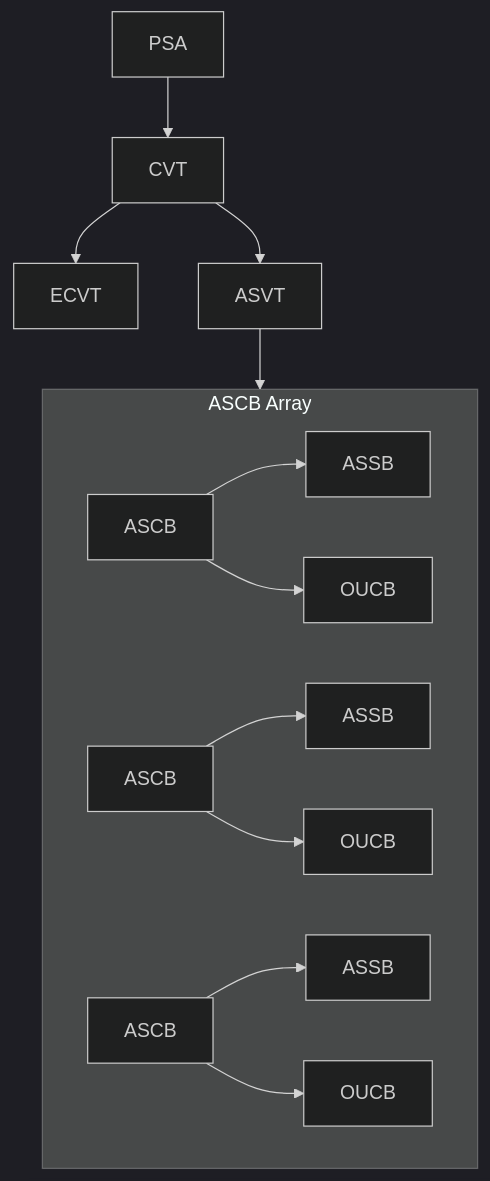
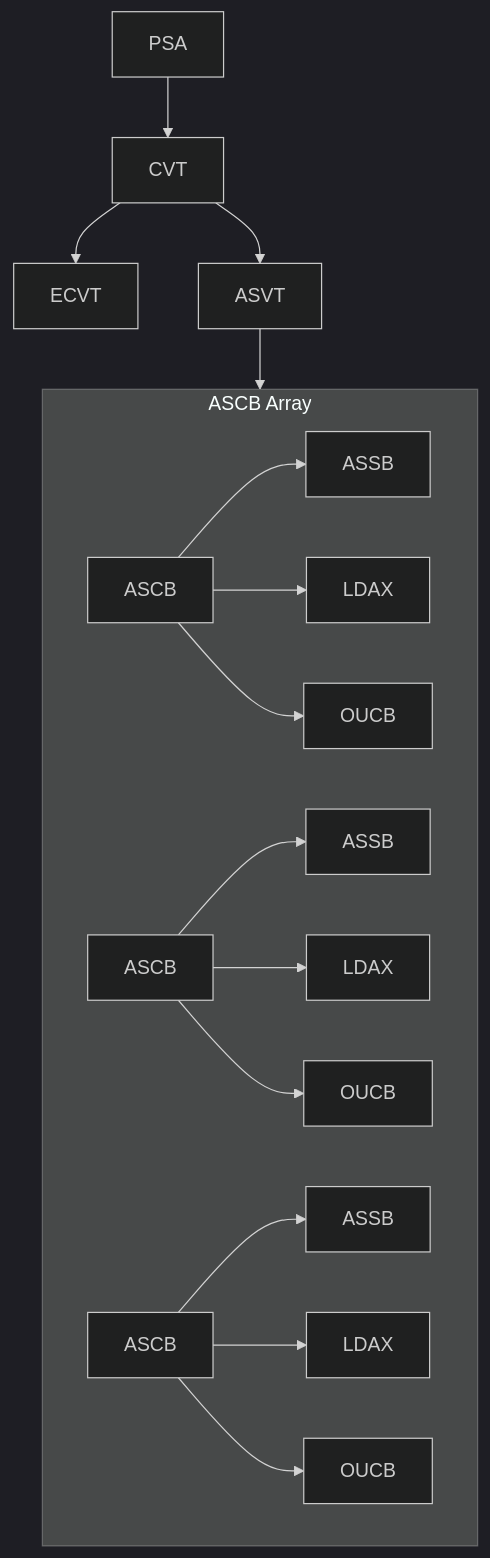
The fourth of 4 diagrams in include_patterns.md (ambitus/cbxp), drawn with Mermaid (dark theme) before and after one commit. The commit also changed other lines of this file and 4 other files, not shown here.

```diff
--- a/include_patterns.md
+++ b/include_patterns.md
@@ -175,19 +175,22 @@
 <pre class="mermaid">
   flowchart TD
     PSA
     PSA--> CVT
     CVT--> ECVT
     CVT--> ASVT
     ASVT--> ASCBs
     subgraph ASCBs["ASCB Array"]
         ASCB1["ASCB"]
         ASCB1--> ASSB1["ASSB"]
+        ASCB1--> LDAX1["LDAX"]
         ASCB1--> OUCB1["OUCB"]
         ASCB2["ASCB"]
         ASCB2--> ASSB2["ASSB"]
+        ASCB2--> LDAX2["LDAX"]
         ASCB2--> OUCB2["OUCB"]
         ASCB3["ASCB"]
         ASCB3--> ASSB3["ASSB"]
+        ASCB3--> LDAX3["LDAX"]
         ASCB3--> OUCB3["OUCB"]
     end
 </pre>
```
